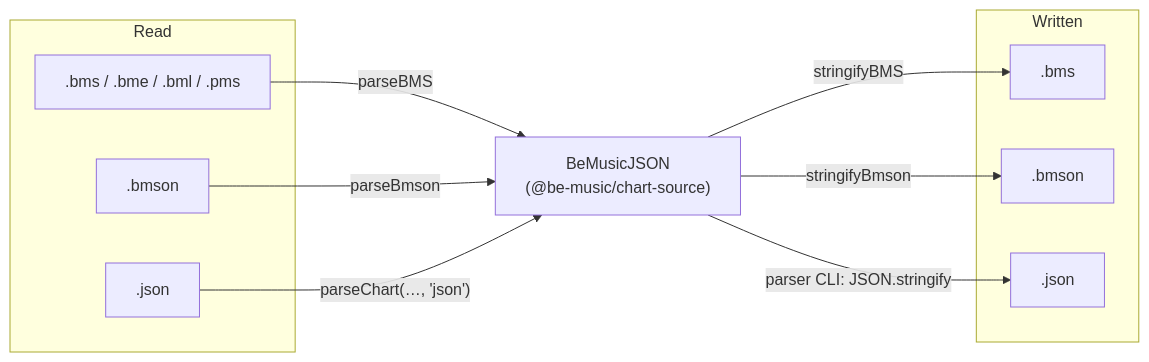
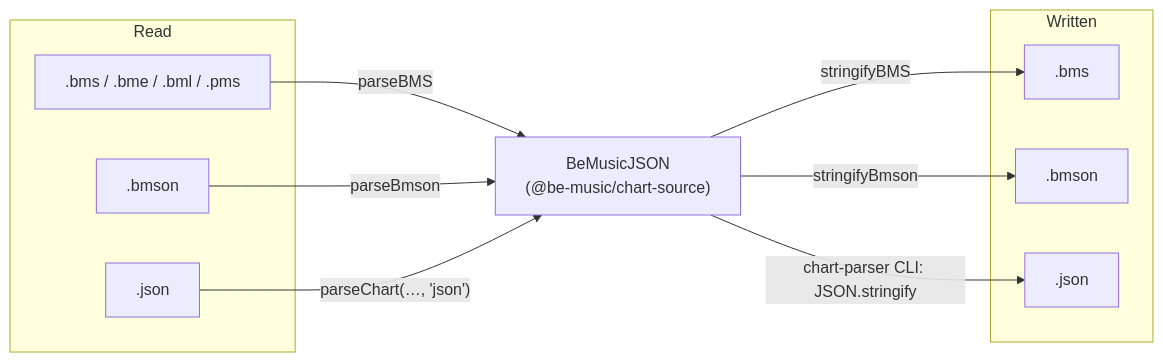
One commit to nulltask/be-music changed the second of 2 diagrams in docs/json-spec.md. Above: the diagram before and after it, drawn with Mermaid. The commit also changed other lines of this file and 31 other files, not shown here.

Commit message:
docs: align package labels and diagrams with renamed packages [ci skip]

````diff
--- a/docs/json-spec.md
+++ b/docs/json-spec.md
@@ -414,20 +414,20 @@
 ```mermaid
 flowchart LR
   subgraph in["Read"]
     bmsIn[".bms / .bme / .bml / .pms"]
     bmsonIn[".bmson"]
     jsonIn[".json"]
   end
   ir["BeMusicJSON<br/>(@be-music/chart-source)"]
   subgraph out["Written"]
     bmsOut[".bms"]
     bmsonOut[".bmson"]
     jsonOut[".json"]
   end
   bmsIn -->|parseBMS| ir
   bmsonIn -->|parseBmson| ir
   jsonIn -->|"parseChart(…, 'json')"| ir
   ir -->|stringifyBMS| bmsOut
   ir -->|stringifyBmson| bmsonOut
-  ir -->|"parser CLI: JSON.stringify"| jsonOut
+  ir -->|"chart-parser CLI: JSON.stringify"| jsonOut
 ```
````
